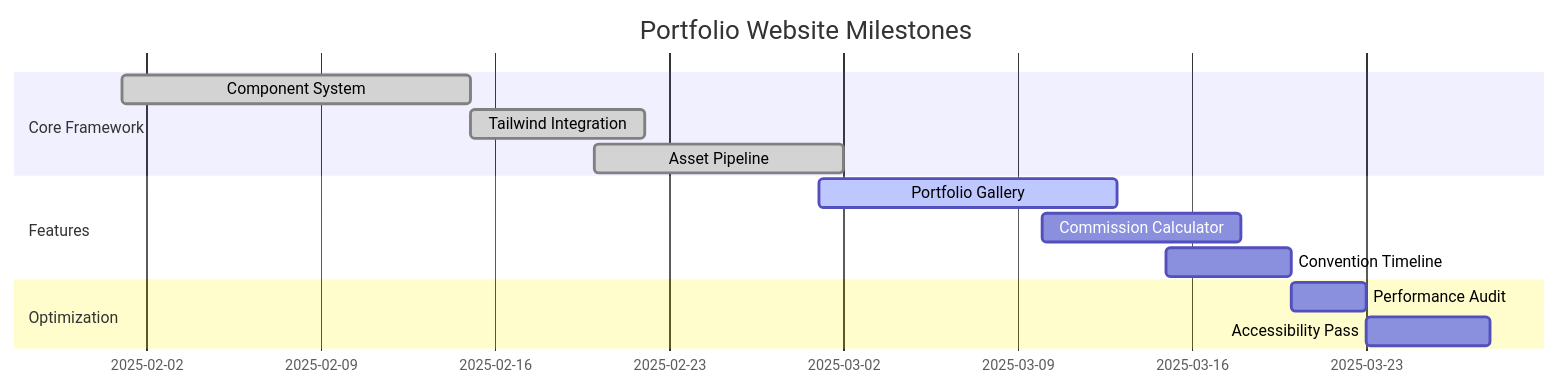
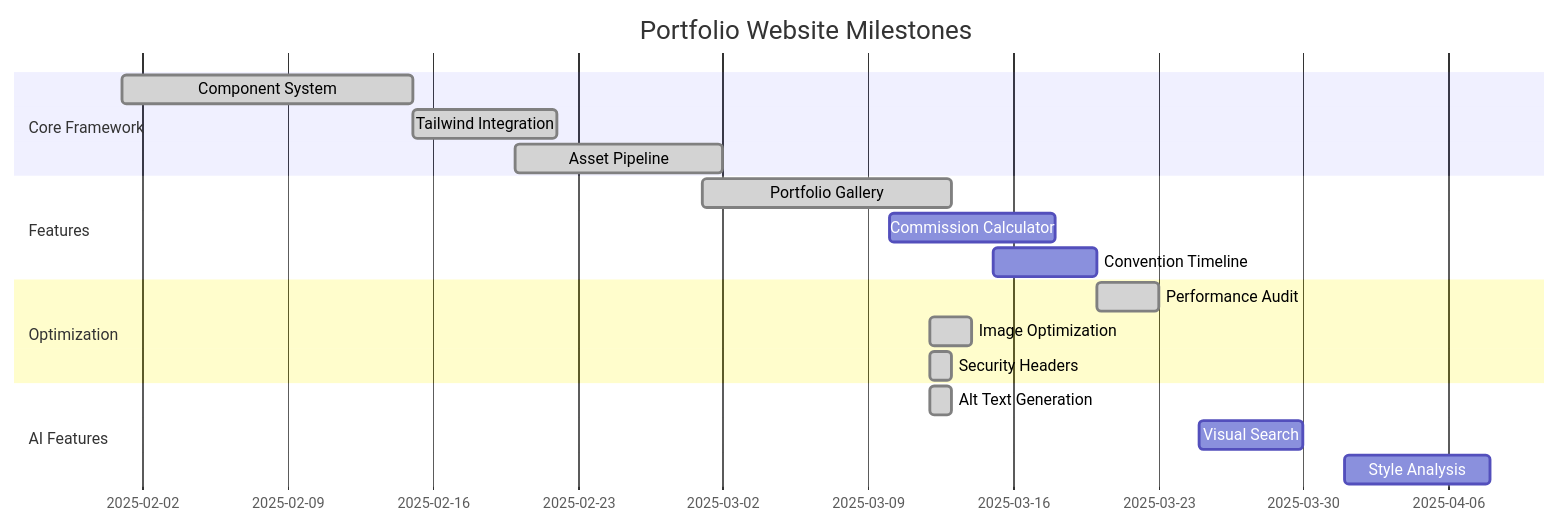
One commit to mangonuggets/portfolio changed the diagram in memory-bank/progress.md. Above: the diagram before and after it, drawn with Mermaid. The commit also changed other lines of this file and 26 other files, not shown here.

````diff
--- a/memory-bank/progress.md
+++ b/memory-bank/progress.md
@@ -3,18 +3,24 @@
 ```mermaid
 gantt
     title Portfolio Website Milestones
     dateFormat  YYYY-MM-DD
     section Core Framework
     Component System       :done, des1, 2025-02-01, 14d
     Tailwind Integration   :done, des2, 2025-02-15, 7d
     Asset Pipeline         :done, des3, 2025-02-20, 10d
     
     section Features
-    Portfolio Gallery      :active, 2025-03-01, 12d
+    Portfolio Gallery      :done, 2025-03-01, 12d
     Commission Calculator  :2025-03-10, 8d
     Convention Timeline    :2025-03-15, 5d
     
     section Optimization
-    Performance Audit      :2025-03-20, 3d
-    Accessibility Pass     :2025-03-23, 5d
+    Performance Audit      :done, 2025-03-20, 3d
+    Image Optimization     :done, 2025-03-12, 2d
+    Security Headers       :done, 2025-03-12, 1d
+    
+    section AI Features
+    Alt Text Generation    :done, 2025-03-12, 1d
+    Visual Search          :2025-03-25, 5d
+    Style Analysis         :2025-04-01, 7d
 ```
````
